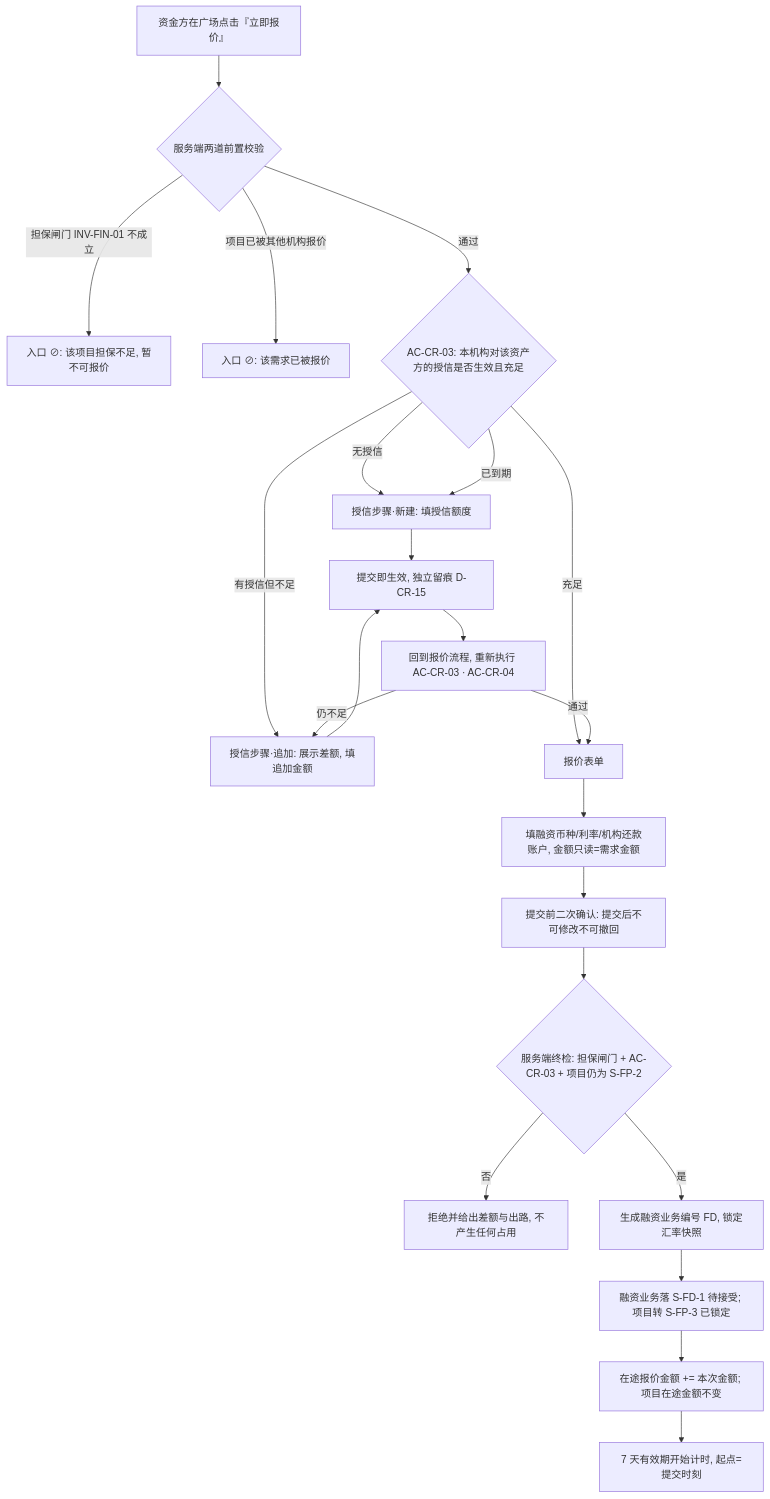
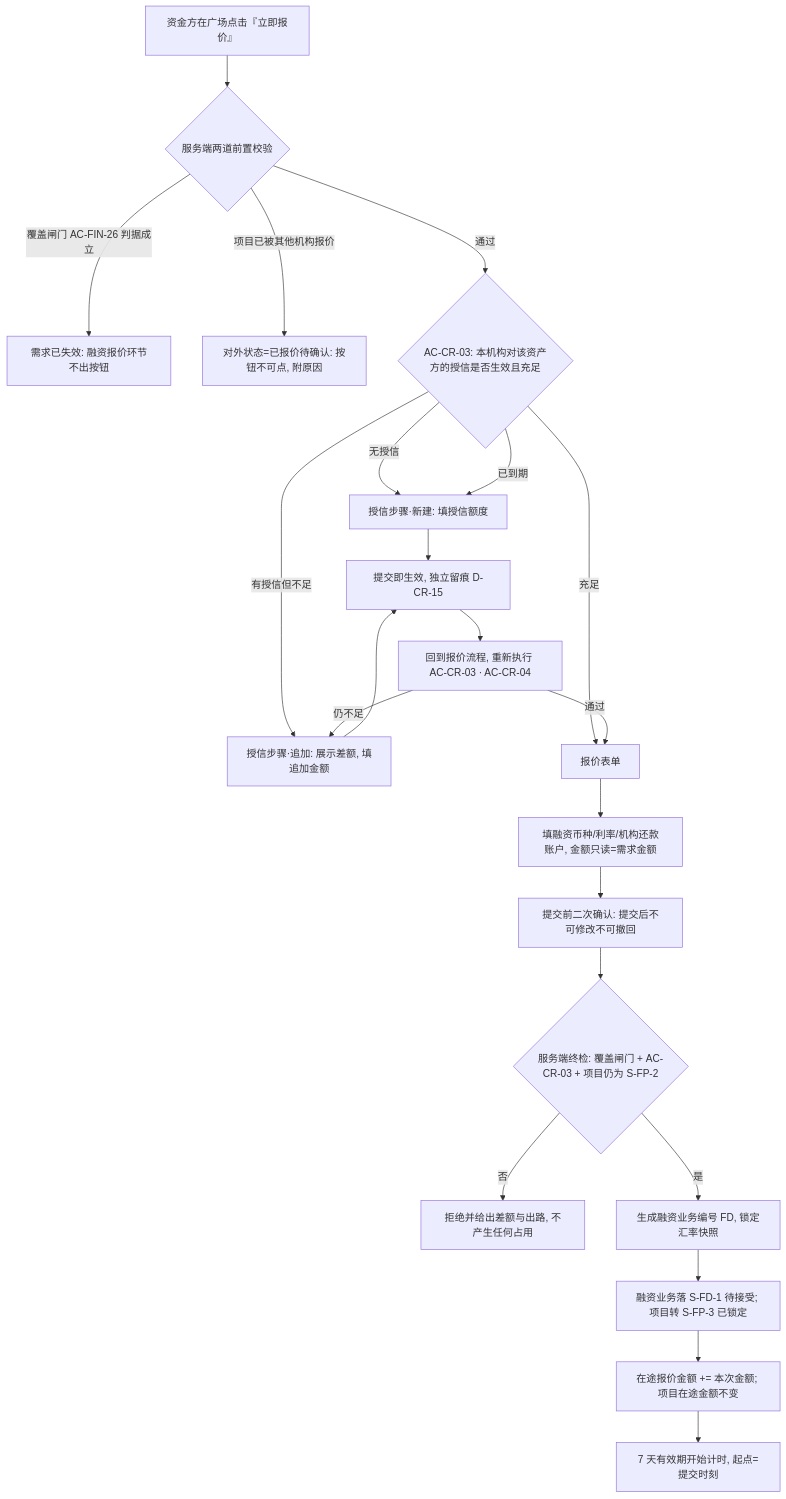
One commit to wxblockchain/Chain-Financing changed the first of 3 diagrams in financial-service-platform/prd/v1.0-借贷广场-授信报价与接受拒绝/v1.0-借贷广场-授信报价与接受拒绝-PRD.md. Above: the diagram before and after it, drawn with Mermaid. The commit also changed other lines of this file and 1 other file, not shown here.

````diff
--- a/financial-service-platform/prd/v1.0-借贷广场-授信报价与接受拒绝/v1.0-借贷广场-授信报价与接受拒绝-PRD.md
+++ b/financial-service-platform/prd/v1.0-借贷广场-授信报价与接受拒绝/v1.0-借贷广场-授信报价与接受拒绝-PRD.md
@@ -148,24 +148,24 @@
 ```mermaid
 flowchart TD
   A[资金方在广场点击『立即报价』] --> B{服务端两道前置校验}
-  B -- 担保闸门 INV-FIN-01 不成立 --> C[入口 ⊘: 该项目担保不足, 暂不可报价]
-  B -- 项目已被其他机构报价 --> D[入口 ⊘: 该需求已被报价]
+  B -- 覆盖闸门 AC-FIN-26 判据成立 --> C[需求已失效: 融资报价环节不出按钮]
+  B -- 项目已被其他机构报价 --> D[对外状态=已报价待确认: 按钮不可点, 附原因]
   B -- 通过 --> E{AC-CR-03: 本机构对该资产方的授信是否生效且充足}
   E -- 无授信 --> F[授信步骤·新建: 填授信额度]
   E -- 有授信但不足 --> G[授信步骤·追加: 展示差额, 填追加金额]
   E -- 已到期 --> F
   E -- 充足 --> J[报价表单]
   F --> H[提交即生效, 独立留痕 D-CR-15]
   G --> H
   H --> I[回到报价流程, 重新执行 AC-CR-03 · AC-CR-04]
   I -- 仍不足 --> G
   I -- 通过 --> J
   J --> K[填融资币种/利率/机构还款账户, 金额只读=需求金额]
   K --> L[提交前二次确认: 提交后不可修改不可撤回]
-  L --> M{服务端终检: 担保闸门 + AC-CR-03 + 项目仍为 S-FP-2}
+  L --> M{服务端终检: 覆盖闸门 + AC-CR-03 + 项目仍为 S-FP-2}
   M -- 否 --> N[拒绝并给出差额与出路, 不产生任何占用]
   M -- 是 --> O[生成融资业务编号 FD, 锁定汇率快照]
   O --> P[融资业务落 S-FD-1 待接受; 项目转 S-FP-3 已锁定]
   P --> Q[在途报价金额 += 本次金额; 项目在途金额不变]
   Q --> R[7 天有效期开始计时, 起点=提交时刻]
 ```
````
